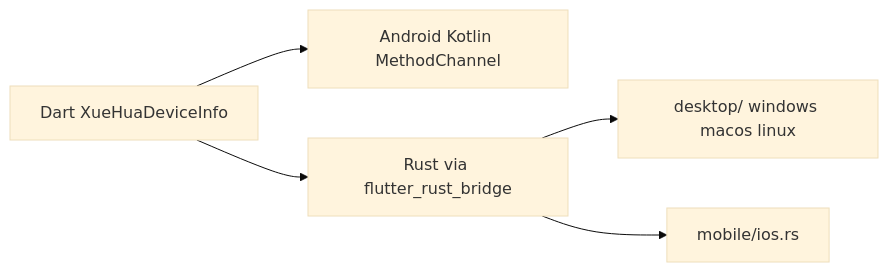
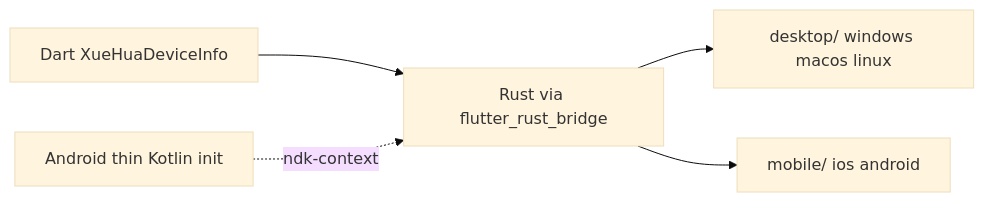
One commit to Matkurban/xue_hua_device_info changed the diagram in README.md. Above: the diagram before and after it, drawn with Mermaid (base theme). The commit also changed other lines of this file and 21 other files, not shown here.

````diff
--- a/README.md
+++ b/README.md
@@ -339,7 +339,7 @@
 ```mermaid
 flowchart LR
-  Dart["Dart XueHuaDeviceInfo"] --> Android["Android Kotlin MethodChannel"]
-  Dart --> Rust["Rust via flutter_rust_bridge"]
+  Dart["Dart XueHuaDeviceInfo"] --> Rust["Rust via flutter_rust_bridge"]
+  Kotlin["Android thin Kotlin init"] -.->|ndk-context| Rust
   Rust --> Desktop["desktop/ windows macos linux"]
-  Rust --> iOS["mobile/ios.rs"]
+  Rust --> Mobile["mobile/ ios android"]
 ```
````
